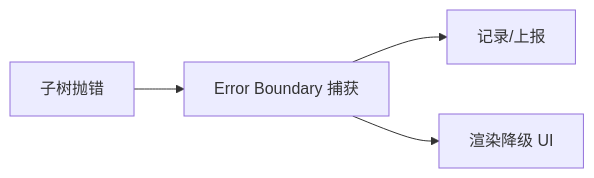
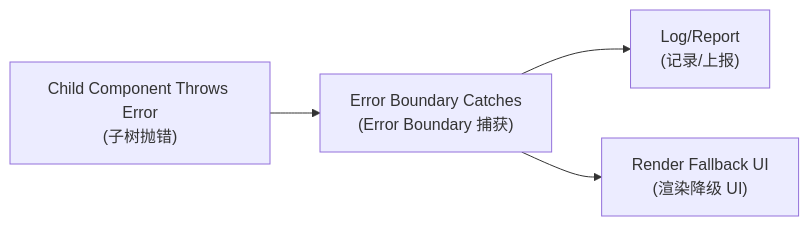
Before and after one commit to Hidetoshi20/Program-Knowledge-Database: the diagram in docs/front-end/web-framework/React/performance-and-error-handling.md, drawn with Mermaid. The commit also changed other lines of this file and 5 other files, not shown here.

````diff
--- a/docs/front-end/web-framework/React/performance-and-error-handling.md
+++ b/docs/front-end/web-framework/React/performance-and-error-handling.md
@@ -22,6 +22,6 @@
 ```mermaid
 flowchart LR
-  A[子树抛错] --> B[Error Boundary 捕获]
-  B --> C[记录/上报]
-  B --> D[渲染降级 UI]
+  A["Child Component Throws Error<br/>(子树抛错)"] --> B["Error Boundary Catches<br/>(Error Boundary 捕获)"]
+  B --> C["Log/Report<br/>(记录/上报)"]
+  B --> D["Render Fallback UI<br/>(渲染降级 UI)"]
 ```
````
